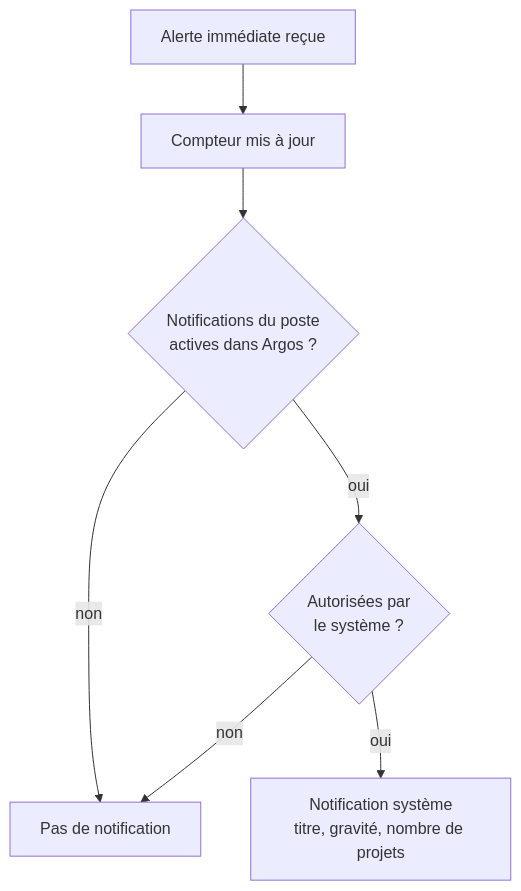
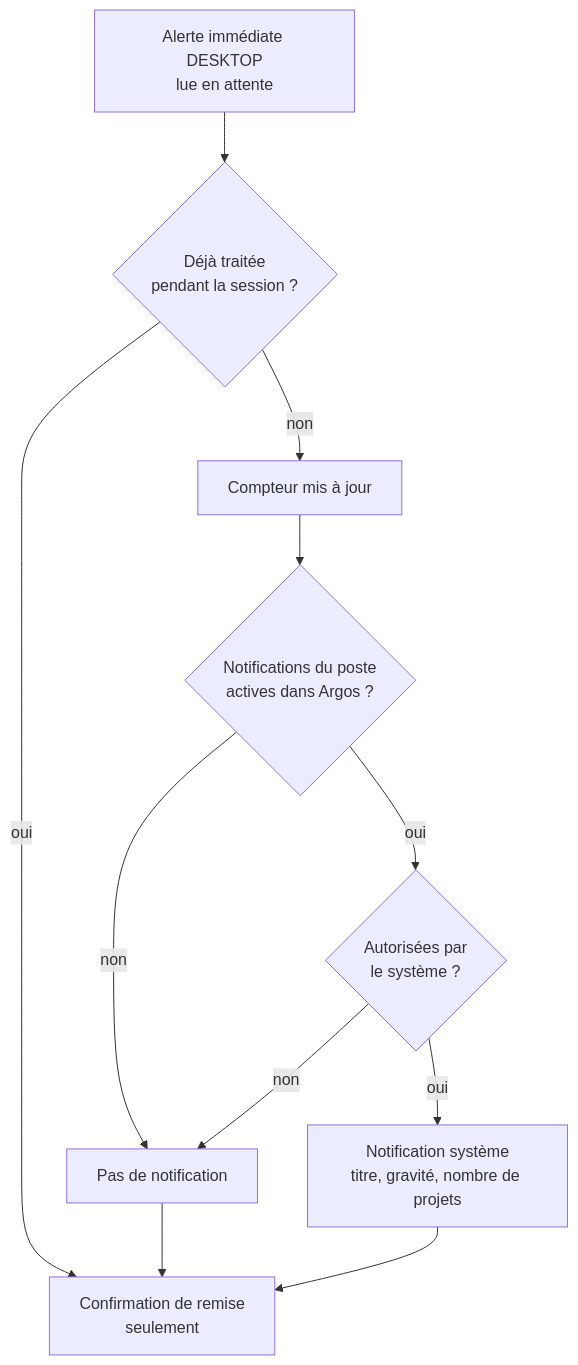
The diagram in docs/specifications/notifications-poste.md (FTurleque/argos-tech-platform), drawn with Mermaid before and after one commit. The commit also changed other lines of this file and 8 other files, not shown here.

````diff
--- a/docs/specifications/notifications-poste.md
+++ b/docs/specifications/notifications-poste.md
@@ -75,9 +88,13 @@
 ```mermaid
 flowchart TD
-    A["Alerte immédiate reçue"] --> B["Compteur mis à jour"]
+    A["Alerte immédiate DESKTOP<br/>lue en attente"] --> K{"Déjà traitée<br/>pendant la session ?"}
+    K -- "oui" --> R["Confirmation de remise<br/>seulement"]
+    K -- "non" --> B["Compteur mis à jour"]
     B --> C{"Notifications du poste<br/>actives dans Argos ?"}
     C -- "non" --> E["Pas de notification"]
     C -- "oui" --> D{"Autorisées par<br/>le système ?"}
     D -- "non" --> E
     D -- "oui" --> F["Notification système<br/>titre, gravité, nombre de projets"]
+    E --> R
+    F --> R
 ```
````
